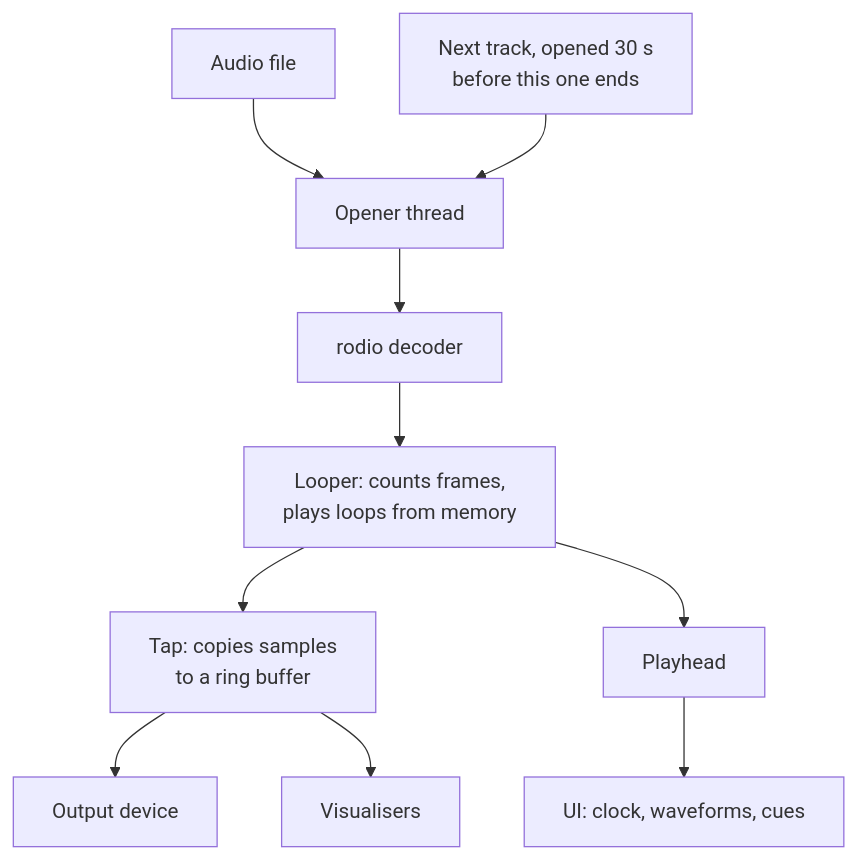
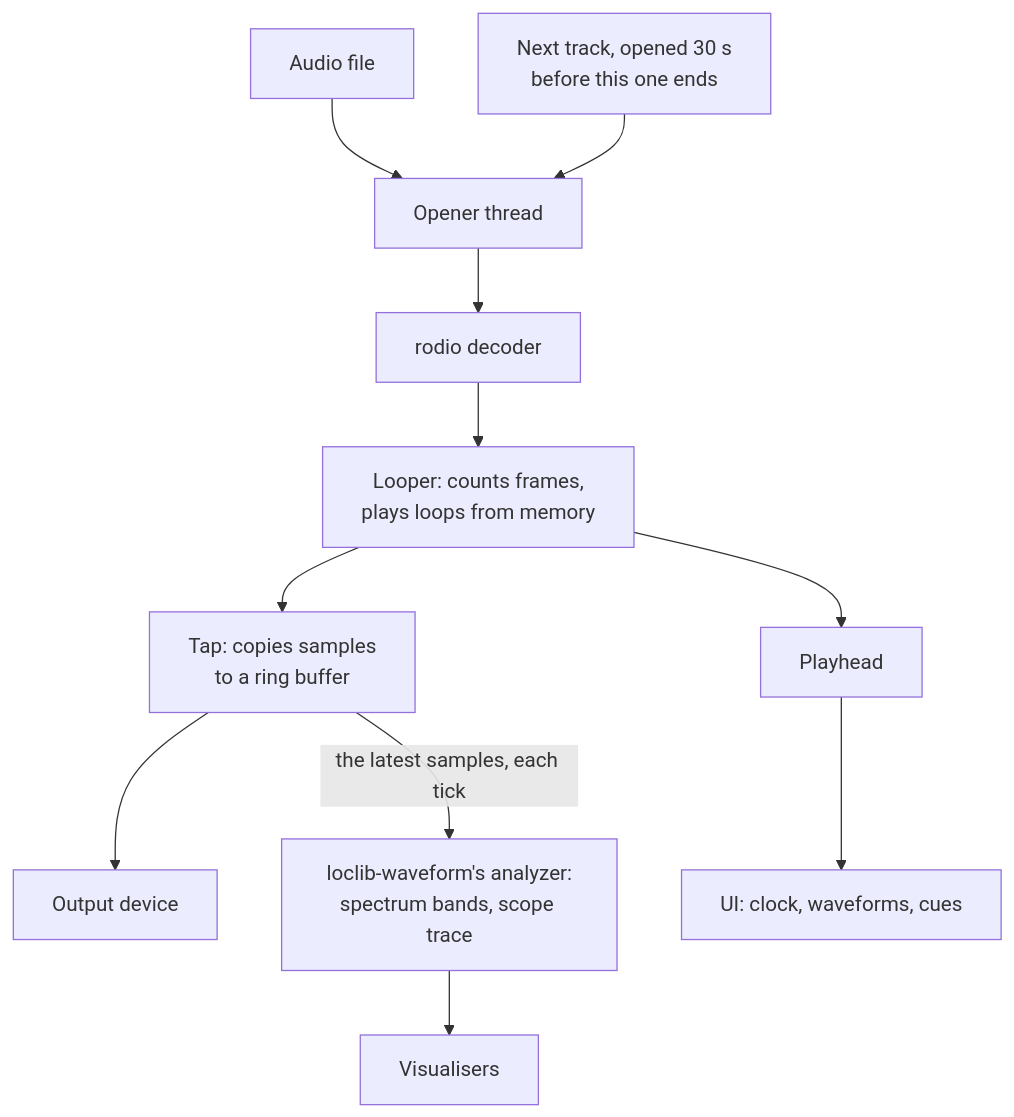
One commit to cutenode/localnetwork changed diagram 13 of 17 in apps/locallibrary/docs/diagrams/player.md. Above: the diagram before and after it, drawn with Mermaid. The commit also changed 3 other files, not shown here.

First line of the commit message:
docs(locallibrary): point the diagrams at the extracted loclib crates

````diff
--- a/apps/locallibrary/docs/diagrams/player.md
+++ b/apps/locallibrary/docs/diagrams/player.md
@@ -281,12 +281,13 @@
 ```mermaid
 flowchart TD
     file["Audio file"] --> opener["Opener thread"]
     next["Next track, opened 30 s<br/>before this one ends"] --> opener
     opener --> decoder["rodio decoder"]
     decoder --> looper["Looper: counts frames,<br/>plays loops from memory"]
     looper --> tap["Tap: copies samples<br/>to a ring buffer"]
     tap --> output["Output device"]
     looper --> playhead["Playhead"]
     playhead --> ui["UI: clock, waveforms, cues"]
-    tap --> vis["Visualisers"]
+    tap -->|"the latest samples, each tick"| analyzer["loclib-waveform's analyzer:<br/>spectrum bands, scope trace"]
+    analyzer --> vis["Visualisers"]
 ```
````
